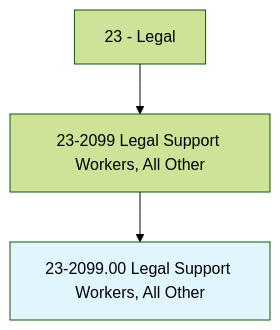
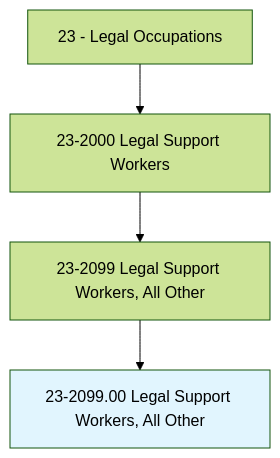
Before and after one commit to kziemski/business.org.ai: the first of 4 diagrams in occupations/Legal/LegalSupportWorkers.mdx, drawn with Mermaid (forest theme). The commit also changed other lines of this file and 938 other files, not shown here.

````diff
--- a/occupations/Legal/LegalSupportWorkers.mdx
+++ b/occupations/Legal/LegalSupportWorkers.mdx
@@ -19,6 +23,7 @@
 ```mermaid
 graph TD
-    Cat23["23 - Legal"] --> Group232099["23-2099 Legal Support Workers, All Other"]
-    Group232099 --> Current["23-2099.00 Legal Support Workers, All Other"]
+    Cat23["23 - Legal Occupations"] --> Group232["23-2000 Legal Support Workers"]
+    Group232 --> Base2099["23-2099 Legal Support Workers, All Other"]
+    Base2099 --> Current["23-2099.00 Legal Support Workers, All Other"]
     style Current fill:#e1f5fe
 ```
````
